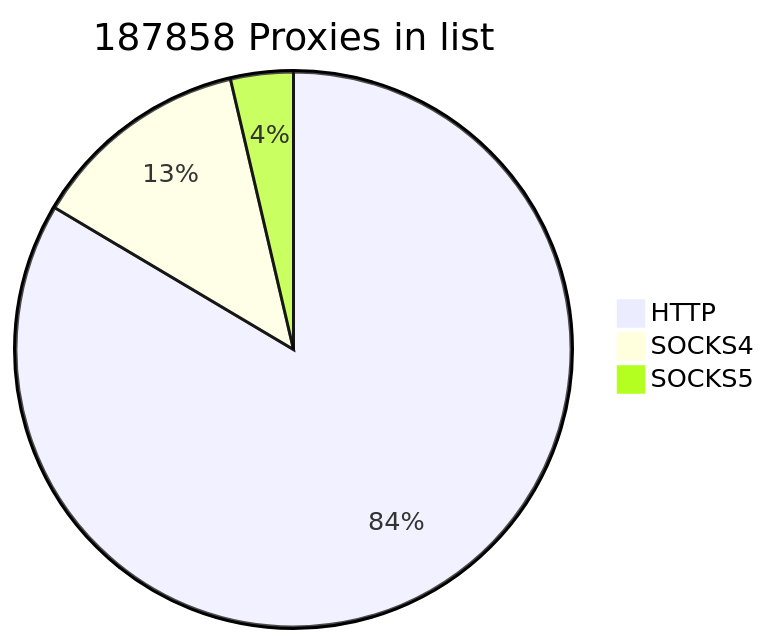
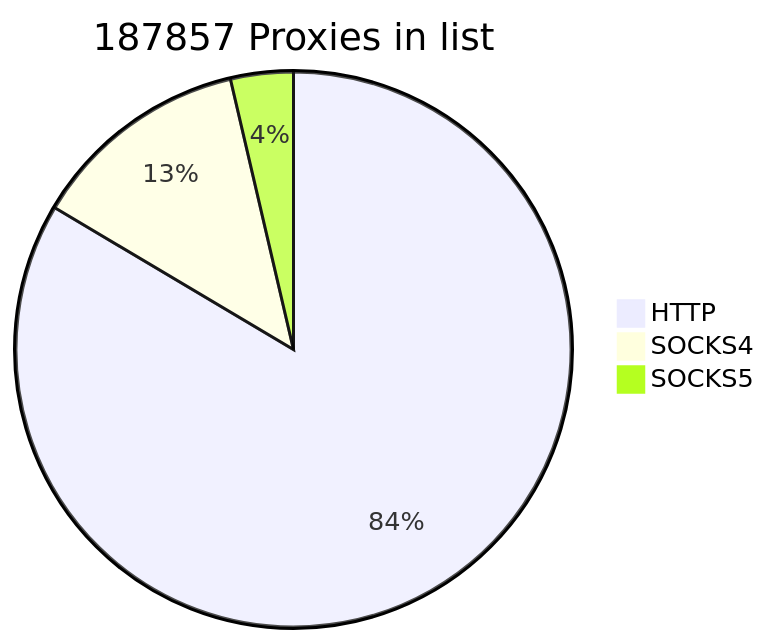
Before and after one commit to cutipu/proxylist: the first of 2 diagrams in README.md, drawn with Mermaid. The commit also changed other lines of this file, not shown here.

````diff
--- a/README.md
+++ b/README.md
@@ -2,7 +2,7 @@
 ```mermaid
-pie title 187858 Proxies in list
+pie title 187857 Proxies in list
     "HTTP" : 156921
     "SOCKS4" : 24088
-    "SOCKS5" : 6849
+    "SOCKS5" : 6848
             
 ```
````
